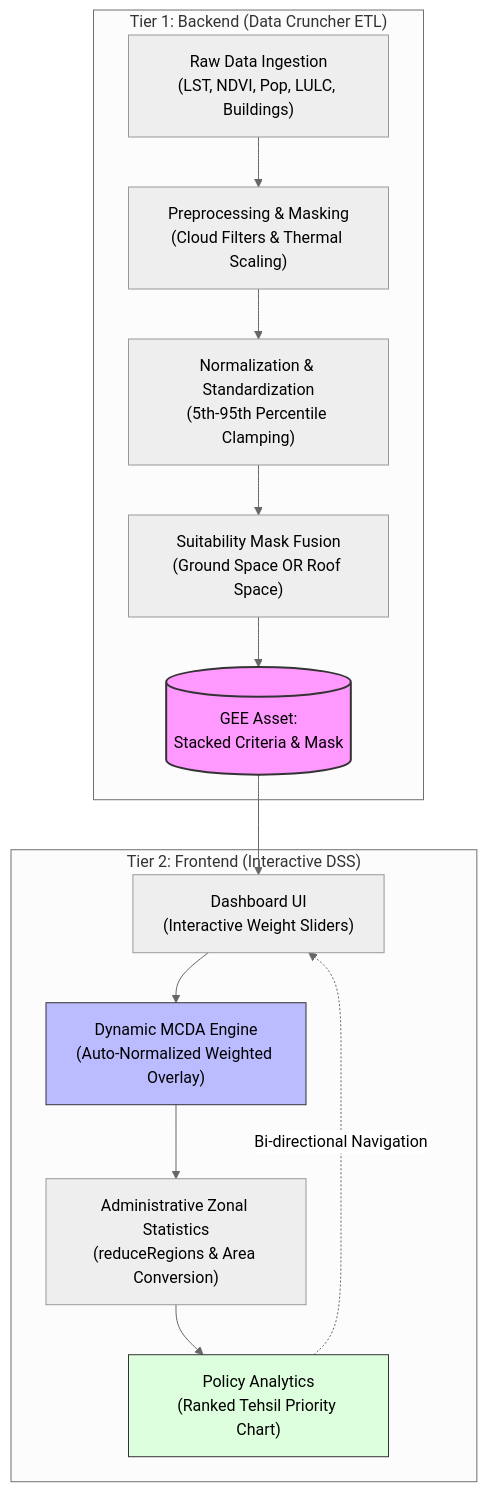
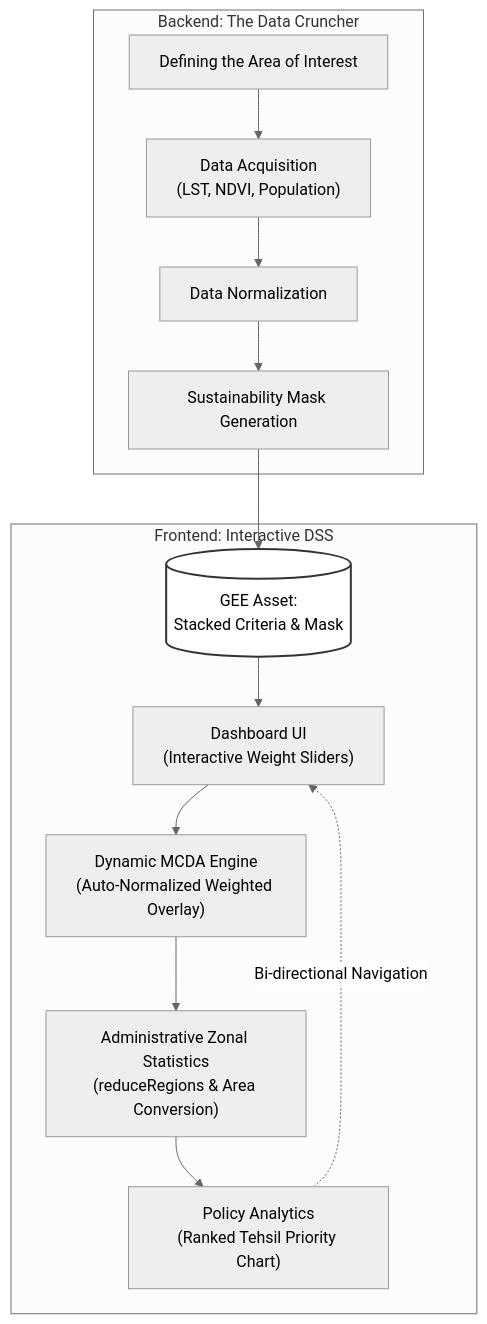
Before and after one commit to AashleshaS/Strategic-Afforestation-Dashboard: the diagram in README.md, drawn with Mermaid (neutral theme).

````diff
--- a/README.md
+++ b/README.md
@@ -42,24 +42,23 @@
 ```mermaid
 graph TD
-    subgraph "Tier 1: Backend (Data Cruncher ETL)"
-        A1["Raw Data Ingestion<br/>(LST, NDVI, Pop, LULC, Buildings)"] --> B1["Preprocessing & Masking<br/>(Cloud Filters & Thermal Scaling)"]
-        B1 --> C1["Normalization & Standardization<br/>(5th-95th Percentile Clamping)"]
-        C1 --> D1["Suitability Mask Fusion<br/>(Ground Space OR Roof Space)"]
-        D1 --> E1[("GEE Asset:<br/>Stacked Criteria & Mask")]
+    subgraph "Backend: The Data Cruncher"
+        A["Defining the Area of Interest"] --> B["Data Acquisition<br/>(LST, NDVI, Population)"]
+        B --> C["Data Normalization"]
+        C --> D["Sustainability Mask Generation"]
     end
 
-    subgraph "Tier 2: Frontend (Interactive DSS)"
-        E1 --> F1["Dashboard UI<br/>(Interactive Weight Sliders)"]
-        F1 --> G1["Dynamic MCDA Engine<br/>(Auto-Normalized Weighted Overlay)"]
-        G1 --> H1["Administrative Zonal Statistics<br/>(reduceRegions & Area Conversion)"]
-        H1 --> I1["Policy Analytics<br/>(Ranked Tehsil Priority Chart)"]
+    D --> E[("GEE Asset:<br/>Stacked Criteria & Mask")]
+
+    subgraph "Frontend: Interactive DSS"
+        E --> F["Dashboard UI<br/>(Interactive Weight Sliders)"]
+        F --> G["Dynamic MCDA Engine<br/>(Auto-Normalized Weighted Overlay)"]
+        G --> H["Administrative Zonal Statistics<br/>(reduceRegions & Area Conversion)"]
+        H --> I["Policy Analytics<br/>(Ranked Tehsil Priority Chart)"]
+        
+        %% Bi-directional Navigation Link
+        I -.->|"Bi-directional Navigation"| F
     end
 
-    %% Connectivity
-    I1 -.->|Bi-directional Navigation| F1
-
-    %% Visual Styling
-    style E1 fill:#f9f,stroke:#333,stroke-width:2px
-    style G1 fill:#bbf,stroke:#333
-    style I1 fill:#dfd,stroke:#333
+    %% Visual styling for the bridge asset
+    style E fill:#ffffff,stroke:#333,stroke-width:2px
 ```
````
